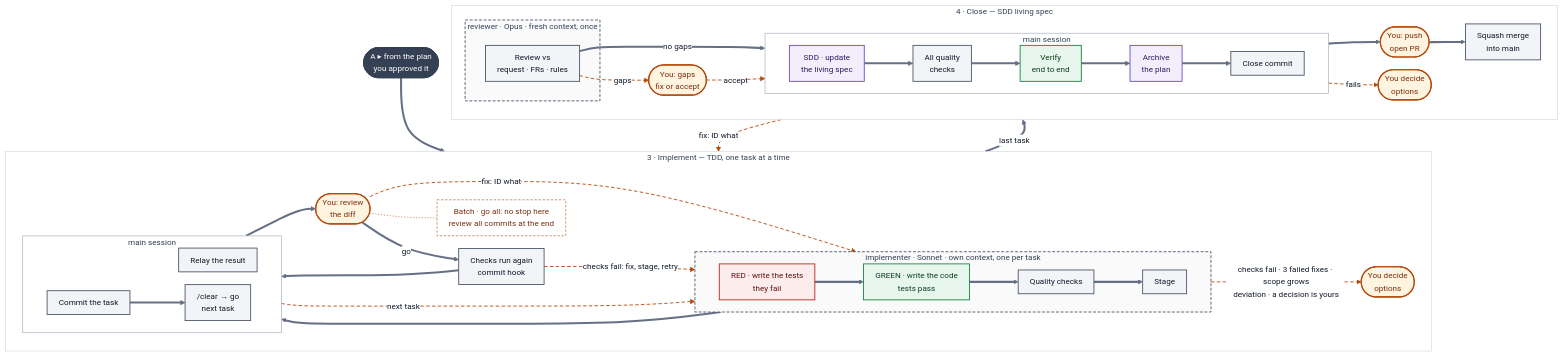
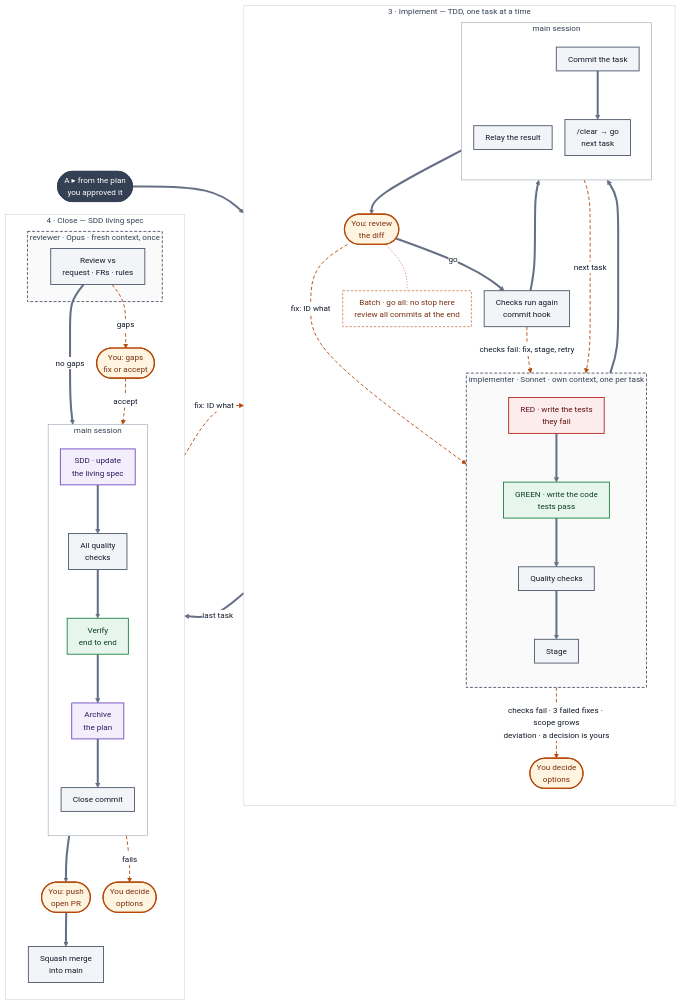
One commit to stevenhdz/spec-driven-development changed the second of 3 diagrams in README.md. Above: the diagram before and after it, drawn with Mermaid.

Commit message:
docs: Build and close diagram lays Implement and Close side by side

````diff
--- a/README.md
+++ b/README.md
@@ -115,72 +115,72 @@
 ```mermaid
 %%{init: {"theme": "base", "themeVariables": {"fontFamily": "-apple-system, BlinkMacSystemFont, Segoe UI, Noto Sans, Helvetica, Arial, sans-serif", "fontSize": "14px", "lineColor": "#667085", "primaryTextColor": "#101828", "clusterBkg": "#FFFFFF", "clusterBorder": "#D0D5DD", "edgeLabelBackground": "#FFFFFF", "titleColor": "#344054"}, "flowchart": {"curve": "basis", "nodeSpacing": 22, "rankSpacing": 34, "padding": 10}}}%%
-flowchart TB
+flowchart LR
     FA(["A ▸ from the plan<br>you approved it"]):::conn
     subgraph I ["3 · Implement — TDD, one task at a time"]
-        direction LR
+        direction TB
         subgraph IM ["implementer · Sonnet · own context, one per task"]
-            direction LR
+            direction TB
             W["RED · write the tests<br>they fail"]:::red
             G["GREEN · write the code<br>tests pass"]:::green
             SC["Quality checks"]:::auto
             ST["Stage"]:::auto
         end
         subgraph IS ["main session"]
-            direction LR
+            direction TB
             RL["Relay the result"]:::auto
             CM["Commit the task"]:::auto
             CL["/clear → go<br>next task"]:::auto
         end
         D(["You: review<br>the diff"]):::human
         HK["Checks run again<br>commit hook"]:::auto
         BL(["You decide<br>options"]):::human
         BN["Batch · go all: no stop here<br>review all commits at the end"]:::note
         W ==> G ==> SC ==> ST ==> RL ==> D
         D ==>|go| HK ==> CM ==> CL
         CL -.->|next task| W
         D -.->|"fix: ID what"| G
         HK -.->|"checks fail: fix, stage, retry"| G
         SC -.->|"checks fail · 3 failed fixes · scope grows<br>deviation · a decision is yours"| BL
         D -.- BN
     end
     subgraph C ["4 · Close — SDD living spec"]
-        direction LR
+        direction TB
         subgraph CR ["reviewer · Opus · fresh context, once"]
             RV["Review vs<br>request · FRs · rules"]:::auto
         end
         subgraph CS ["main session"]
-            direction LR
+            direction TB
             M["SDD · update<br>the living spec"]:::sdd
             FG["All quality<br>checks"]:::auto
             V["Verify<br>end to end"]:::green
             AR["Archive<br>the plan"]:::sdd
             K["Close commit"]:::auto
         end
         GP(["You: gaps<br>fix or accept"]):::human
         PU(["You: push<br>open PR"]):::human
         SQ["Squash merge<br>into main"]:::auto
         VF(["You decide<br>options"]):::human
         RV ==>|no gaps| M ==> FG ==> V ==> AR ==> K ==> PU ==> SQ
         RV -.->|gaps| GP
         GP -.->|accept| M
         V -.->|fails| VF
     end
     FA ==> I
     I ==>|last task| C
     GP -.->|"fix: ID what"| G
     classDef research fill:#EAF0FB,stroke:#3B5BA9,stroke-width:1.5px,color:#1E2A44
     classDef sdd fill:#F3EEFC,stroke:#6B46C1,stroke-width:1.5px,color:#2E1A5E
     classDef bdd fill:#E6F6F4,stroke:#0F766E,stroke-width:1.5px,color:#0B3B36
     classDef red fill:#FDECEC,stroke:#B42318,stroke-width:1.5px,color:#5C1010
     classDef green fill:#E7F6EC,stroke:#15803D,stroke-width:1.5px,color:#0B3D1E
     classDef auto fill:#F2F4F7,stroke:#475467,stroke-width:1.5px,color:#101828
     classDef human fill:#FFF4E0,stroke:#B54708,stroke-width:2px,color:#7A2E0E
     classDef note fill:#FFFFFF,stroke:#B54708,stroke-width:1px,stroke-dasharray:4 3,color:#7A2E0E
     classDef conn fill:#344054,stroke:#344054,stroke-width:1.5px,color:#FFFFFF
     linkStyle 8,9,10,11,20,21,22,25 stroke:#B54708,stroke-width:1.5px,stroke-dasharray:6 4
     linkStyle 12 stroke:#B54708,stroke-width:1px,stroke-dasharray:2 3
     style IM fill:#FAFAFB,stroke:#475467,stroke-width:1.5px,stroke-dasharray:5 3
     style CR fill:#FAFAFB,stroke:#475467,stroke-width:1.5px,stroke-dasharray:5 3
     style IS fill:#FFFFFF,stroke:#98A2B3,stroke-width:1px
     style CS fill:#FFFFFF,stroke:#98A2B3,stroke-width:1px
 ```
````
